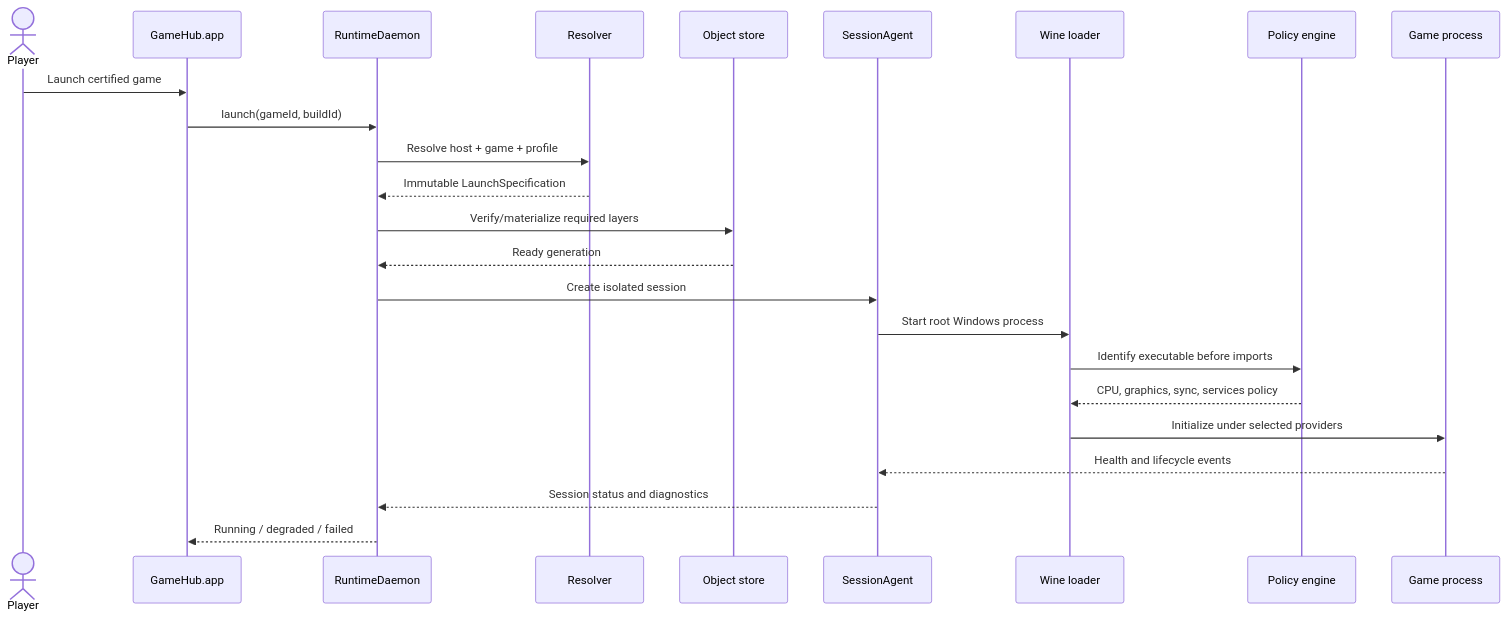
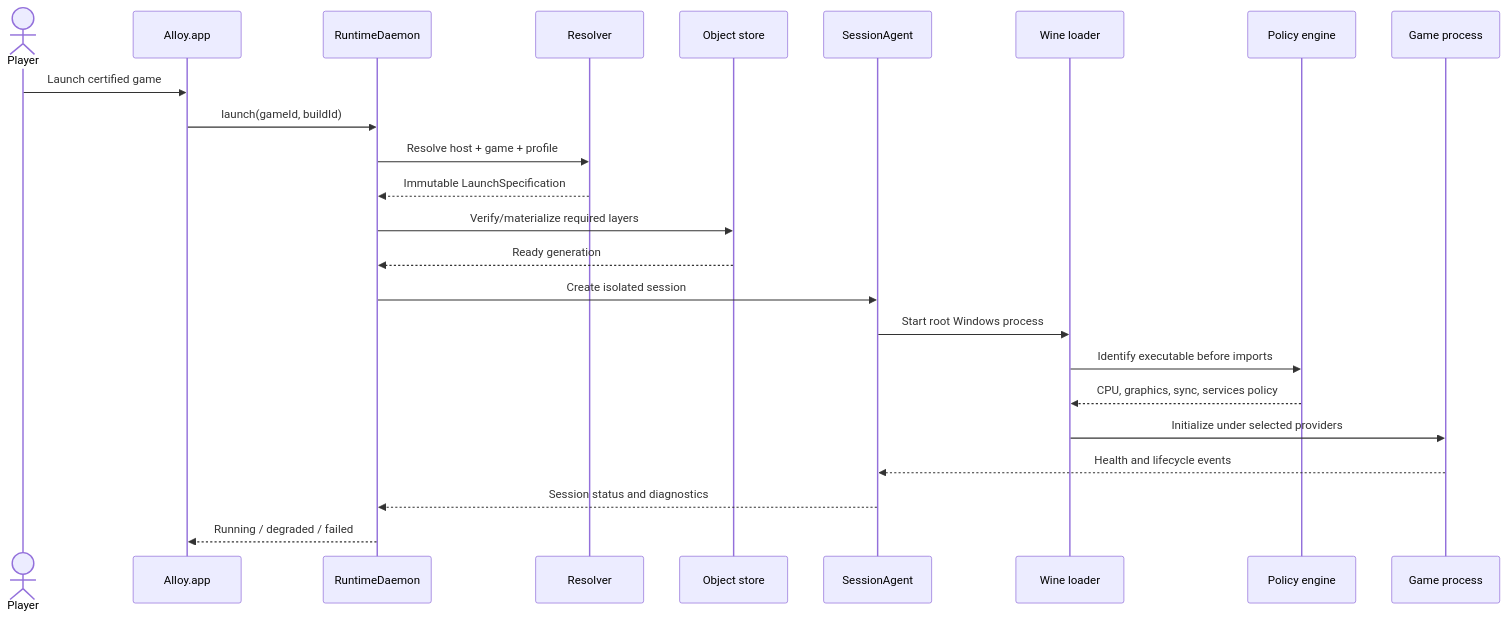
The fourth of 8 diagrams in docs/docs/04_TECHNICAL_ARCHITECTURE.md (cleverClosure/Alloy), drawn with Mermaid before and after one commit. The commit also changed other lines of this file and 42 other files, not shown here.

````diff
--- a/docs/docs/04_TECHNICAL_ARCHITECTURE.md
+++ b/docs/docs/04_TECHNICAL_ARCHITECTURE.md
@@ -718,27 +718,27 @@
 ```mermaid
 sequenceDiagram
     actor Player
-    participant UI as GameHub.app
+    participant UI as Alloy.app
     participant D as RuntimeDaemon
     participant R as Resolver
     participant S as Object store
     participant A as SessionAgent
     participant W as Wine loader
     participant P as Policy engine
     participant G as Game process
 
     Player->>UI: Launch certified game
     UI->>D: launch(gameId, buildId)
     D->>R: Resolve host + game + profile
     R-->>D: Immutable LaunchSpecification
     D->>S: Verify/materialize required layers
     S-->>D: Ready generation
     D->>A: Create isolated session
     A->>W: Start root Windows process
     W->>P: Identify executable before imports
     P-->>W: CPU, graphics, sync, services policy
     W->>G: Initialize under selected providers
     G-->>A: Health and lifecycle events
     A-->>D: Session status and diagnostics
     D-->>UI: Running / degraded / failed
 ```
````
